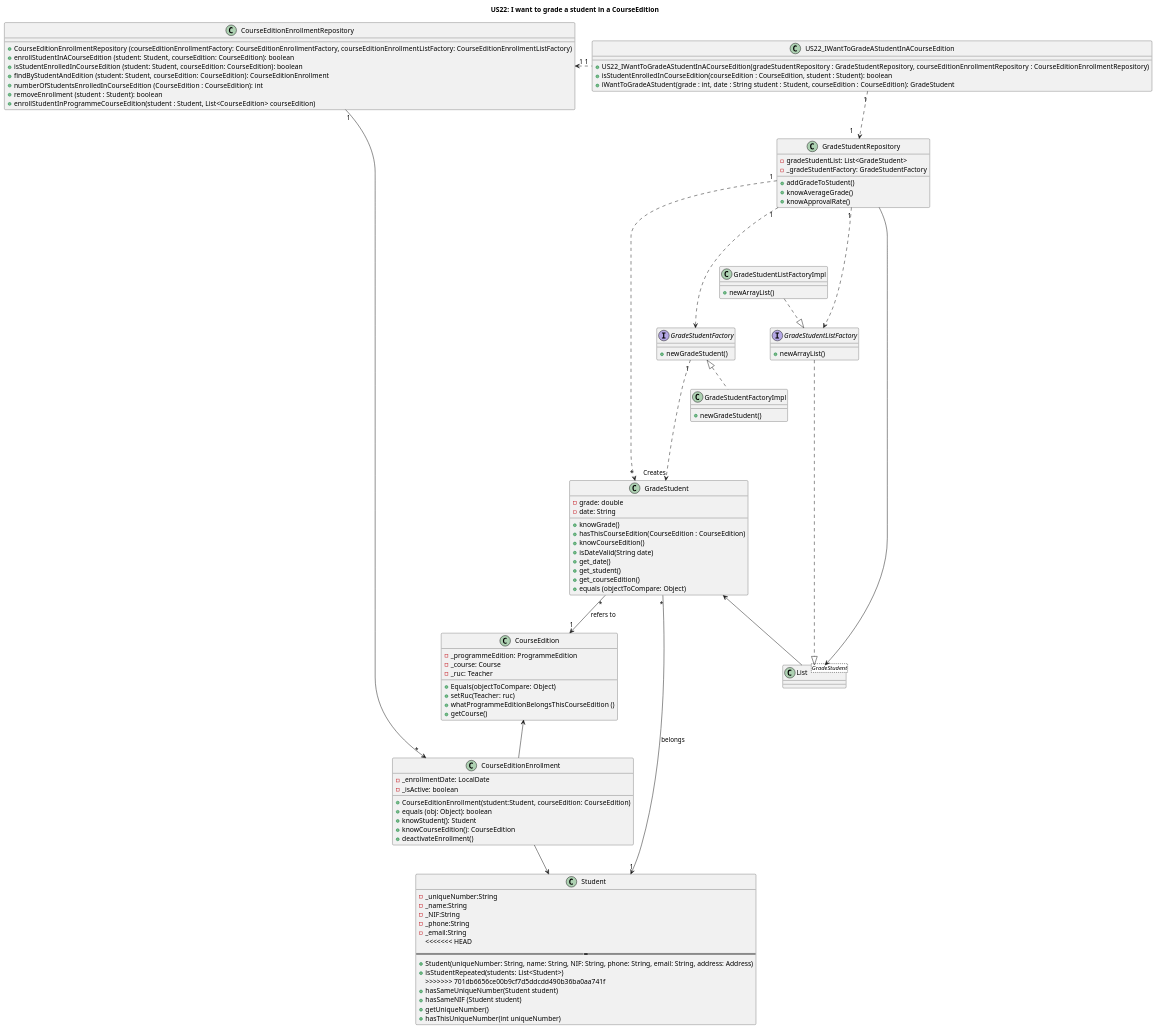
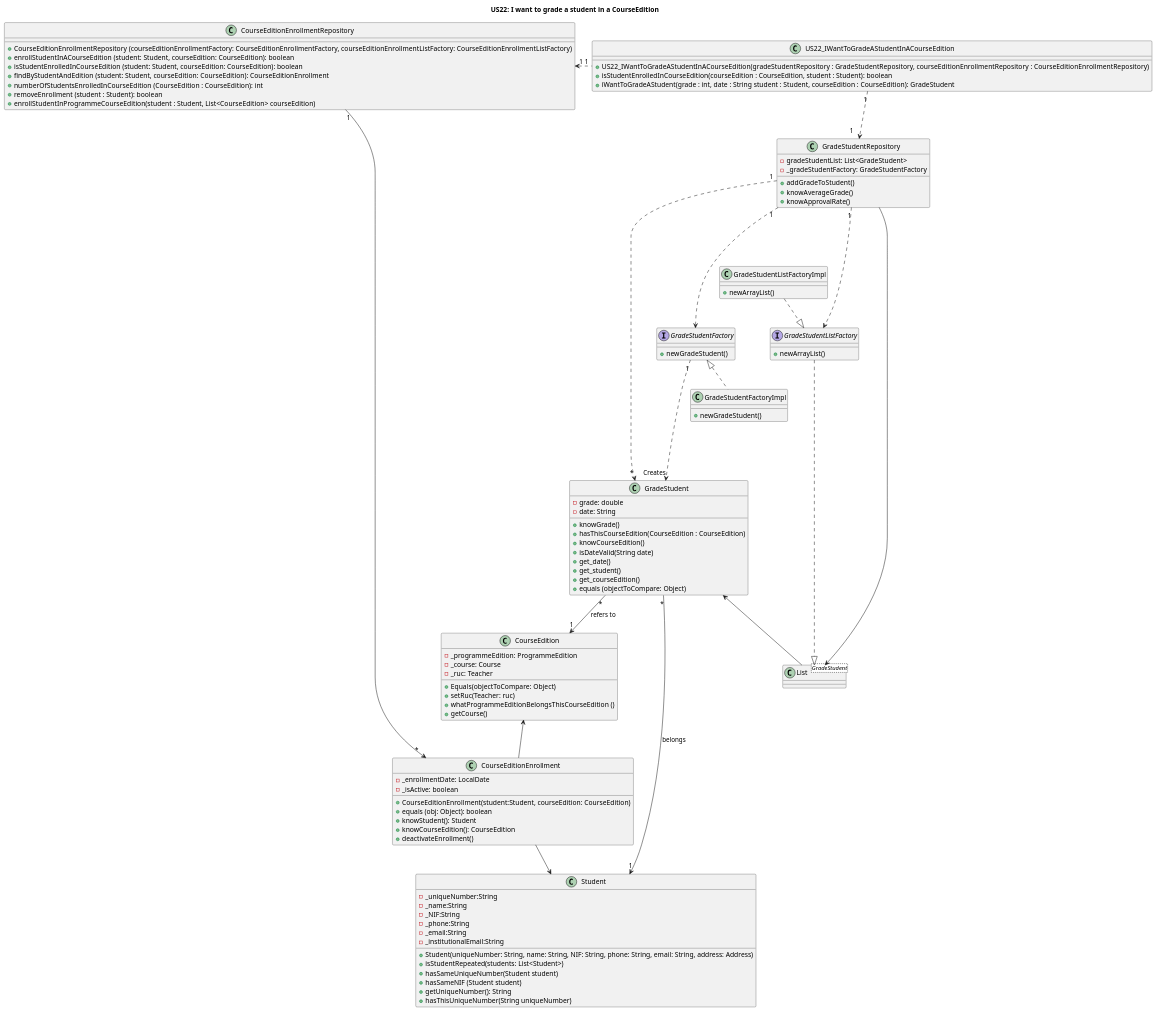
Before and after one commit to GasparISEP/DevOps-PAI: the diagram in docs/US22/US22_GradeAStudentInACourseEdition_ClassDiagram.puml, drawn with PlantUML. The commit also changed 5 other files, not shown here.

Commit message:
Updated diagrams to reflect Student uniqueNumber (int -> String) and new field institutionalEmail

```diff
--- a/docs/US22/US22_GradeAStudentInACourseEdition_ClassDiagram.puml
+++ b/docs/US22/US22_GradeAStudentInACourseEdition_ClassDiagram.puml
@@ -1,123 +1,121 @@
 @startuml
 title US22: I want to grade a student in a CourseEdition
 'left to right direction
 
 class US22_IWantToGradeAStudentInACourseEdition {
     +US22_IWantToGradeAStudentInACourseEdition(gradeStudentRepository : GradeStudentRepository, courseEditionEnrollmentRepository : CourseEditionEnrollmentRepository)
     +isStudentEnrolledInCourseEdition(courseEdition : CourseEdition, student : Student): boolean
     +iWantToGradeAStudent(grade : int, date : String student : Student, courseEdition : CourseEdition): GradeStudent
 
 }
 
 class CourseEditionEnrollmentRepository {
     +CourseEditionEnrollmentRepository (courseEditionEnrollmentFactory: CourseEditionEnrollmentFactory, courseEditionEnrollmentListFactory: CourseEditionEnrollmentListFactory)
     +enrollStudentInACourseEdition (student: Student, courseEdition: CourseEdition): boolean
     +isStudentEnrolledInCourseEdition (student: Student, courseEdition: CourseEdition): boolean
     +findByStudentAndEdition (student: Student, courseEdition: CourseEdition): CourseEditionEnrollment
     +numberOfStudentsEnrolledInCourseEdition (CourseEdition : CourseEdition): int
     +removeEnrollment (student : Student): boolean
     +enrollStudentInProgrammeCourseEdition(student : Student, List<CourseEdition> courseEdition)
 }
 
 class CourseEditionEnrollment {
     -_enrollmentDate: LocalDate
     - _isActive: boolean
     +CourseEditionEnrollment(student:Student, courseEdition: CourseEdition)
     +equals (obj: Object): boolean
     +knowStudent(): Student
     +knowCourseEdition(): CourseEdition
     +deactivateEnrollment()
 }
 
 
 class List<GradeStudent> {
 
 }
 
 class GradeStudent {
     -grade: double
     -date: String
     +knowGrade()
     +hasThisCourseEdition(CourseEdition : CourseEdition)
     +knowCourseEdition()
     +isDateValid(String date)
     +get_date()
     +get_student()
     +get_courseEdition()
     +equals (objectToCompare: Object)
 }
 
 class GradeStudentRepository {
     -gradeStudentList: List<GradeStudent>
     - _gradeStudentFactory: GradeStudentFactory
     +addGradeToStudent()
     +knowAverageGrade()
     +knowApprovalRate()
 }
 
 interface GradeStudentFactory {
     +newGradeStudent()
 }
 
 interface GradeStudentListFactory {
     +newArrayList()
 }
 
 class GradeStudentListFactoryImpl {
     +newArrayList()
 }
 
 class GradeStudentFactoryImpl {
     +newGradeStudent()
 }
 
 class Student {
     -_uniqueNumber:String
     -_name:String
     -_NIF:String
     -_phone:String
     -_email:String
-<<<<<<< HEAD
-=======
+    -_institutionalEmail:String
     +Student(uniqueNumber: String, name: String, NIF: String, phone: String, email: String, address: Address)
     +isStudentRepeated(students: List<Student>)
->>>>>>> 701db6656ce00b9cf7d5ddcdd490b36ba0aa741f
     +hasSameUniqueNumber(Student student)
     +hasSameNIF (Student student)
-    +getUniqueNumber()
-    +hasThisUniqueNumber(int uniqueNumber)
+    +getUniqueNumber(): String
+    +hasThisUniqueNumber(String uniqueNumber)
 }
 
 class CourseEdition {
     -_programmeEdition: ProgrammeEdition
     -_course: Course
     -_ruc: Teacher
     +Equals(objectToCompare: Object)
     +setRuc(Teacher: ruc)
     +whatProgrammeEditionBelongsThisCourseEdition ()
     +getCourse()
 }
 
 
 GradeStudent "*" --> "1" Student: belongs
 GradeStudent "*" --> "1" CourseEdition: refers to
 GradeStudentRepository "1" ....> GradeStudentFactory
 GradeStudentFactory "1" ....> "Creates" GradeStudent
 GradeStudentRepository "1" ....>  GradeStudentListFactory
 GradeStudentListFactoryImpl ..|>  GradeStudentListFactory
 GradeStudentFactory  <|..  GradeStudentFactoryImpl
 GradeStudentListFactory ..|> List
 GradeStudent <-- List
 List <-- GradeStudentRepository
 CourseEditionEnrollmentRepository "1" --> "*" CourseEditionEnrollment
 CourseEditionEnrollment --> Student
 CourseEditionEnrollment -up-> CourseEdition
 
 
 GradeStudentRepository "1" ....> "*" GradeStudent
 
 
 US22_IWantToGradeAStudentInACourseEdition "1" ..left..> "1    " CourseEditionEnrollmentRepository
 US22_IWantToGradeAStudentInACourseEdition "1" ..> "1    " GradeStudentRepository
 
 @enduml
```
